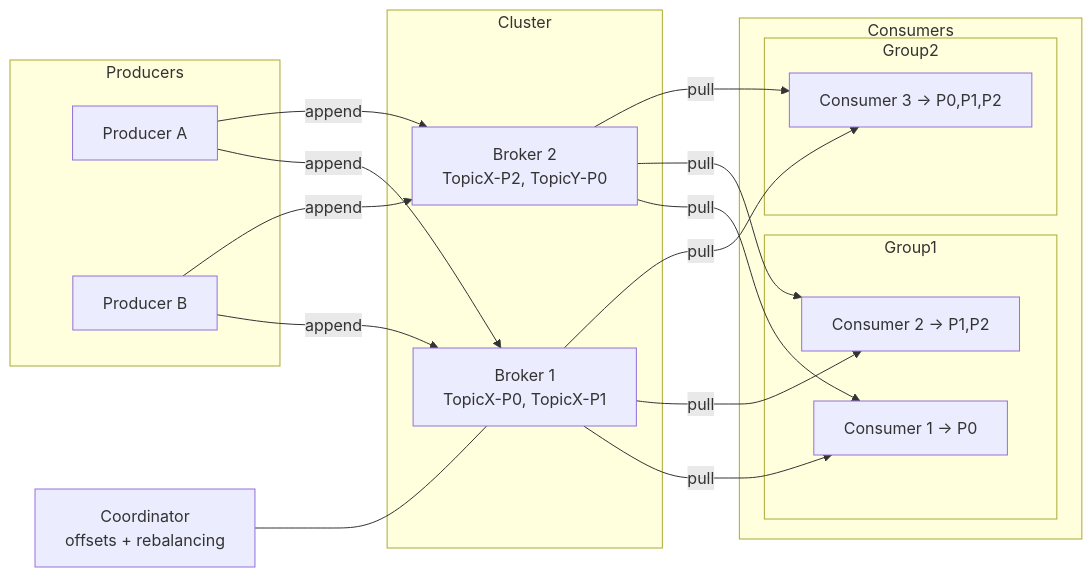
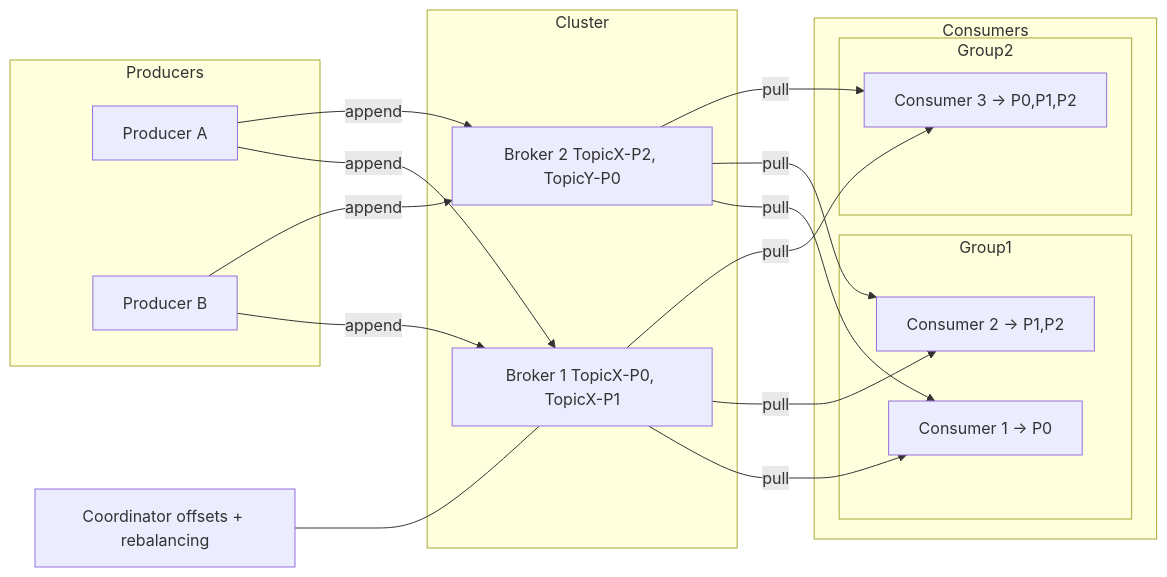
Before and after one commit to iamitgupta/system-design-LLD-basic: diagram 15 of 36 in Readme.md, drawn with Mermaid. The commit also changed other lines of this file, not shown here.

````diff
--- a/Readme.md
+++ b/Readme.md
@@ -1571,29 +1571,31 @@
 ```mermaid
 flowchart LR
-    subgraph Producers
-        P1[Producer A] & P2[Producer B]
-    end
-    subgraph Cluster
-        B1[Broker 1<br/>TopicX-P0, TopicX-P1] 
-        B2[Broker 2<br/>TopicX-P2, TopicY-P0]
-    end
-    subgraph Consumers
-        subgraph Group1
-            C1[Consumer 1 → P0] & C2[Consumer 2 → P1,P2]
-        end
-        subgraph Group2
-            C3[Consumer 3 → P0,P1,P2]
-        end
-    end
-    P1 -->|append| B1
-    P1 -->|append| B2
-    P2 -->|append| B1
-    P2 -->|append| B2
-    B1 -->|pull| C1
-    B1 -->|pull| C2
-    B2 -->|pull| C1
-    B2 -->|pull| C2
-    B1 -->|pull| C3
-    B2 -->|pull| C3
-    CO[Coordinator<br/>offsets + rebalancing] --- B1
+ subgraph Producers
+ P1["Producer A"]
+ P2["Producer B"]
+ end
+ subgraph Cluster
+ B1["Broker 1 TopicX-P0, TopicX-P1"] 
+ B2["Broker 2 TopicX-P2, TopicY-P0"]
+ end
+ subgraph Consumers
+ subgraph Group1
+ C1["Consumer 1 → P0"]
+ C2["Consumer 2 → P1,P2"]
+ end
+ subgraph Group2
+ C3["Consumer 3 → P0,P1,P2"]
+ end
+ end
+ P1 -->|append| B1
+ P1 -->|append| B2
+ P2 -->|append| B1
+ P2 -->|append| B2
+ B1 -->|pull| C1
+ B1 -->|pull| C2
+ B2 -->|pull| C1
+ B2 -->|pull| C2
+ B1 -->|pull| C3
+ B2 -->|pull| C3
+ CO["Coordinator offsets + rebalancing"] --- B1
 ```
````
